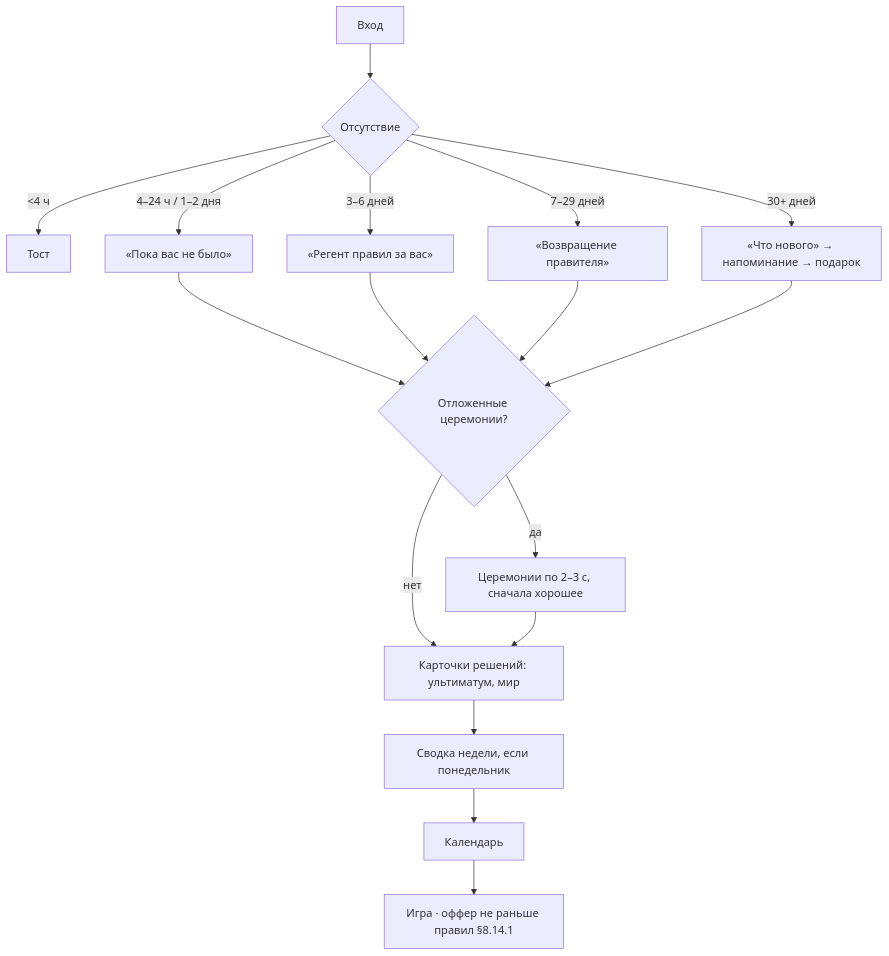
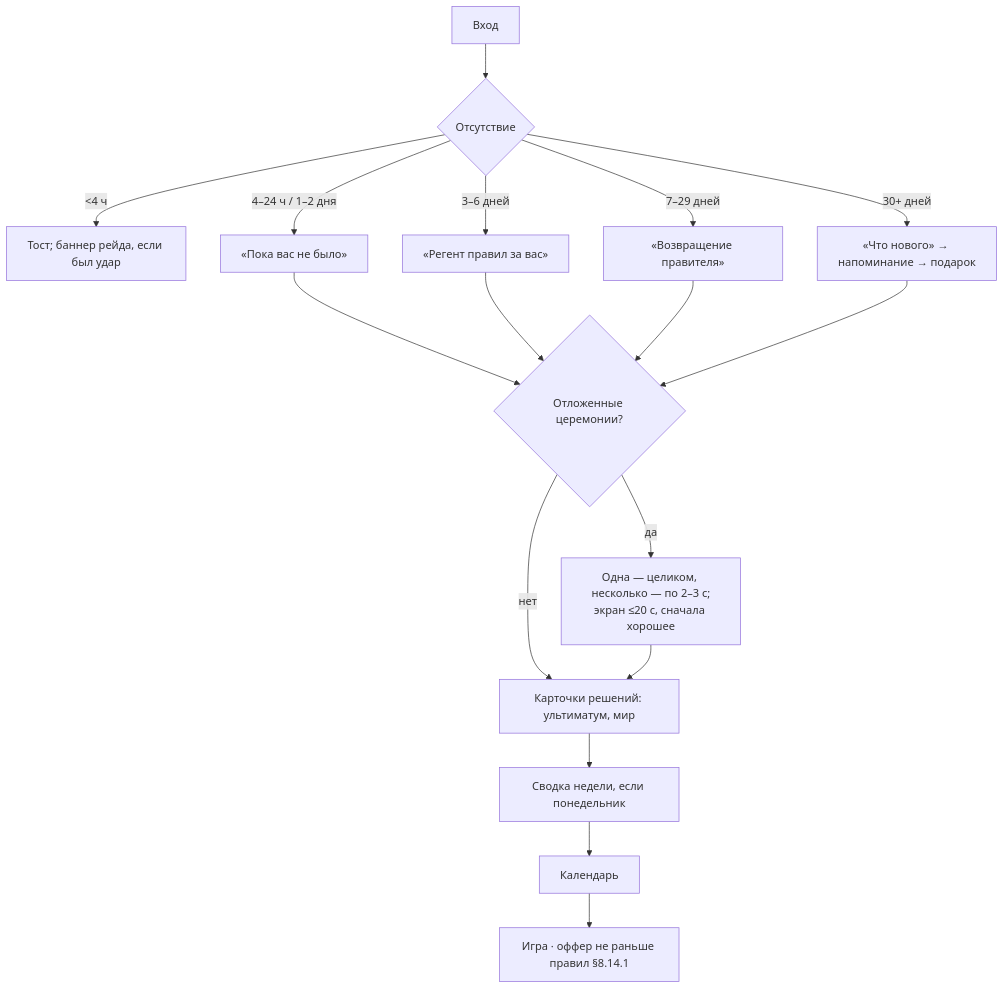
The third of 3 diagrams in docs/gdd/08_retention_liveops.md (kaboomenko/Raivon), drawn with Mermaid before and after one commit. The commit also changed other lines of this file and 12 other files, not shown here.

````diff
--- a/docs/gdd/08_retention_liveops.md
+++ b/docs/gdd/08_retention_liveops.md
@@ -994,19 +1026,19 @@
 ```mermaid
 flowchart TD
     L[Вход] --> Q{Отсутствие}
-    Q -- "<4 ч" --> T1[Тост]
+    Q -- "<4 ч" --> T1[Тост; баннер рейда, если был удар]
     Q -- "4–24 ч / 1–2 дня" --> W[«Пока вас не было»]
     Q -- "3–6 дней" --> R[«Регент правил за вас»]
     Q -- "7–29 дней" --> K[«Возвращение правителя»]
     Q -- "30+ дней" --> N[«Что нового» → напоминание → подарок]
     W --> C{Отложенные церемонии?}
     R --> C
     K --> C
     N --> C
-    C -- да --> P[Церемонии по 2–3 с, сначала хорошее]
+    C -- да --> P[Одна — целиком, несколько — по 2–3 с;<br/>экран ≤20 с, сначала хорошее]
     C -- нет --> D[Карточки решений: ультиматум, мир]
     P --> D
     D --> S[Сводка недели, если понедельник]
     S --> CAL[Календарь]
     CAL --> G[Игра · оффер не раньше правил §8.14.1]
 ```
````
